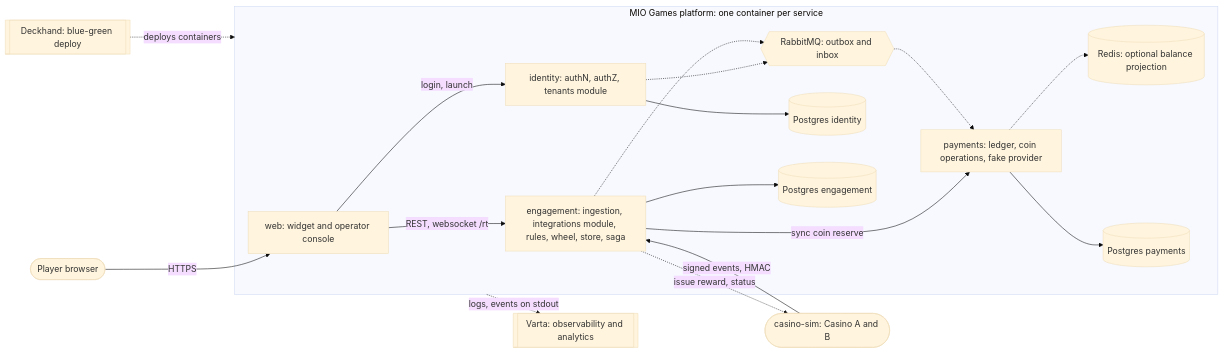
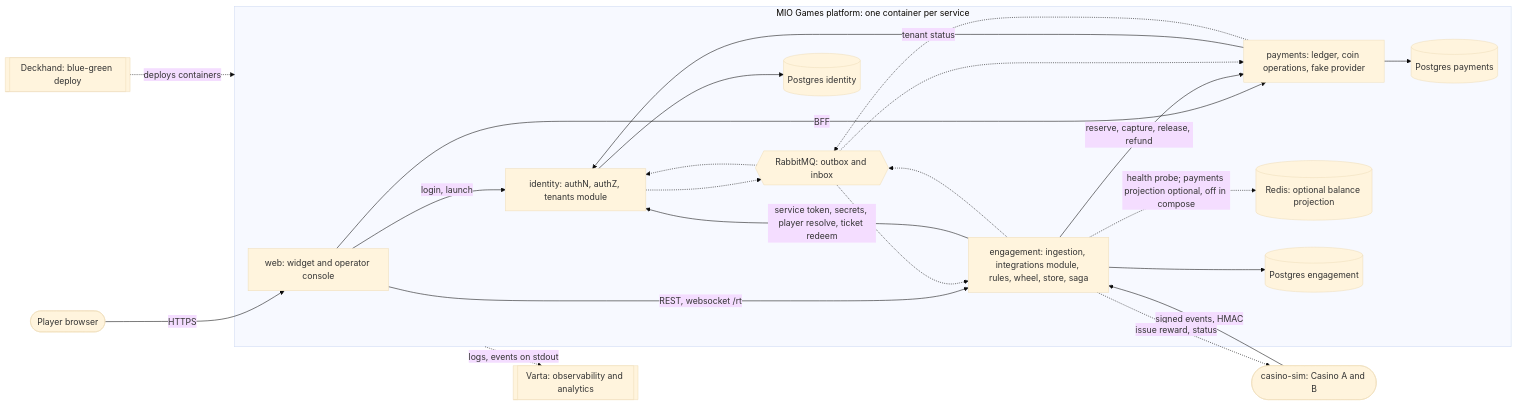
Before and after one commit to maxml/ex-mio-games: the diagram in README.md, drawn with Mermaid (base theme). The commit also changed other lines of this file and 24 other files, not shown here.

First line of the commit message:
docs: fix architecture docs against the code (audit rows R/A/O/D/C/S)

````diff
--- a/README.md
+++ b/README.md
@@ -105,34 +105,40 @@
 ```mermaid
 flowchart LR
   player([Player browser]) -->|HTTPS| web
   casino([casino-sim: Casino A and B]) -->|signed events, HMAC| engagement
   engagement -.->|issue reward, status| casino
 
   subgraph platform [MIO Games platform: one container per service]
     web[web: widget and operator console]
     identity[identity: authN, authZ, tenants module]
     engagement[engagement: ingestion, integrations module, rules, wheel, store, saga]
     payments[payments: ledger, coin operations, fake provider]
     rabbit{{RabbitMQ: outbox and inbox}}
     redis[(Redis: optional balance projection)]
     idb[(Postgres identity)]
     edb[(Postgres engagement)]
     pdb[(Postgres payments)]
   end
 
   web -->|login, launch| identity
   web -->|REST, websocket /rt| engagement
-  engagement -->|sync coin reserve| payments
+  web -->|BFF| payments
+  engagement -->|reserve, capture, release, refund| payments
+  engagement -->|service token, secrets, player resolve, ticket redeem| identity
+  payments -->|tenant status| identity
   identity --> idb
   engagement --> edb
   payments --> pdb
   identity -.-> rabbit
   engagement -.-> rabbit
+  payments -.-> rabbit
+  rabbit -.-> identity
+  rabbit -.-> engagement
   rabbit -.-> payments
-  payments -.-> redis
+  engagement -.->|health probe; payments projection optional, off in compose| redis
 
   varta[[Varta: observability and analytics]]
   deckhand[[Deckhand: blue-green deploy]]
   platform -.->|logs, events on stdout| varta
   deckhand -.->|deploys containers| platform
 ```
````
